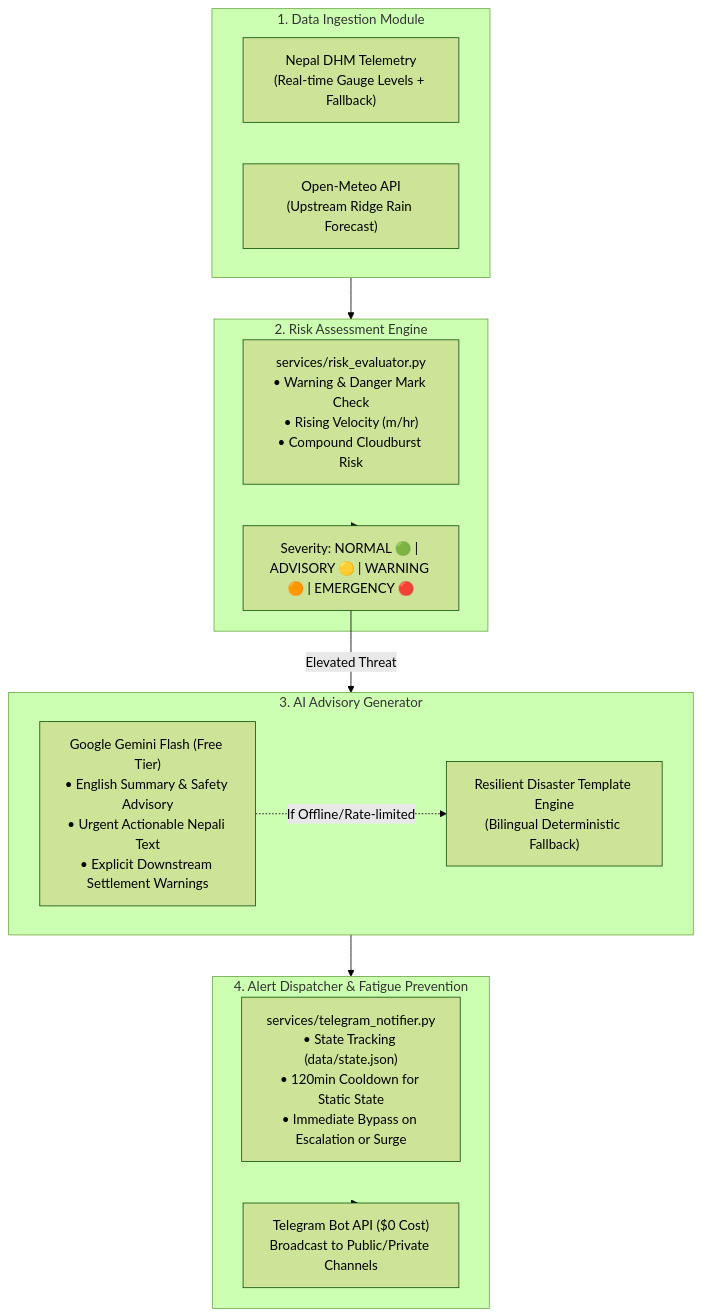
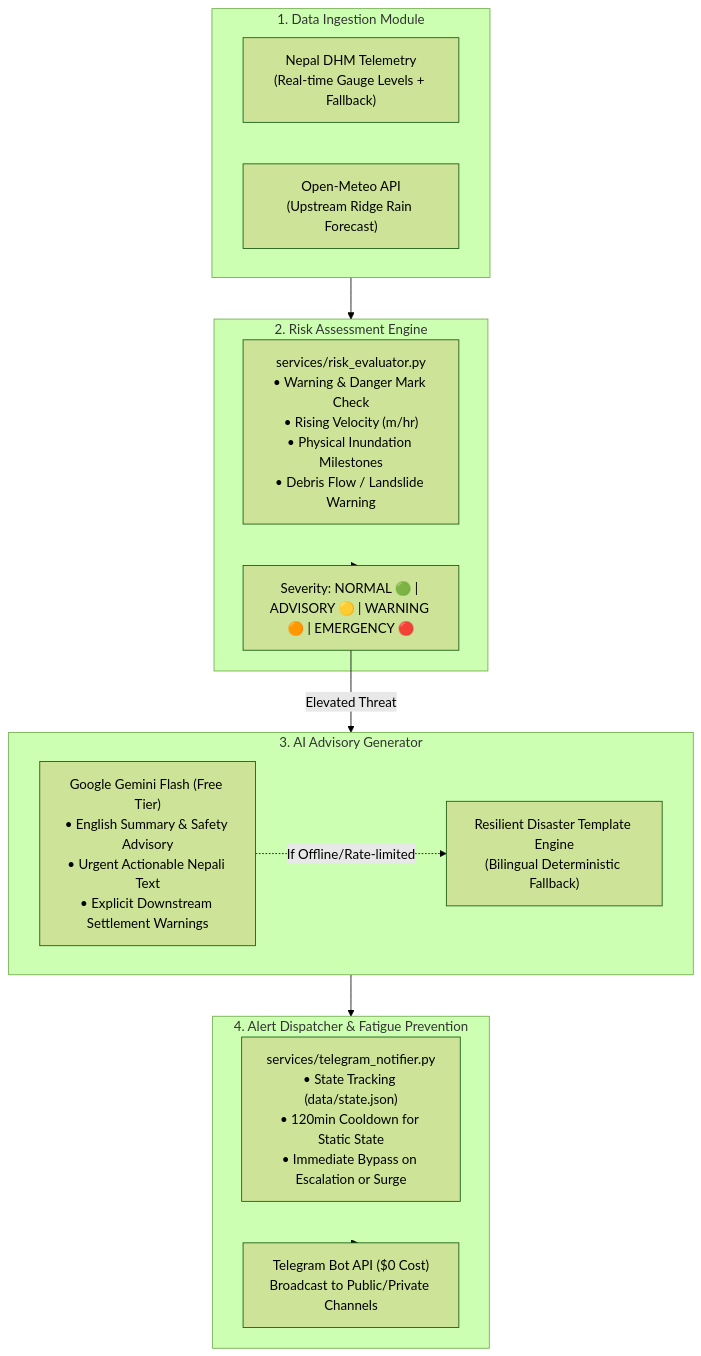
The diagram in README.md (shadowmonarchftw-star/NpFloodBot), drawn with Mermaid (forest theme) before and after one commit. The commit also changed other lines of this file and 30 other files, not shown here.

Commit message:
feat: complete Option C with 21 stations, urban tributaries, physical inundation milestones, and debris flow alerts

````diff
--- a/README.md
+++ b/README.md
@@ -32,29 +32,29 @@
 ```mermaid
 flowchart TD
     subgraph Ingestion ["1. Data Ingestion Module"]
         DHM["Nepal DHM Telemetry<br/>(Real-time Gauge Levels + Fallback)"]
         OM["Open-Meteo API<br/>(Upstream Ridge Rain Forecast)"]
     end
 
     subgraph Evaluation ["2. Risk Assessment Engine"]
-        RE["services/risk_evaluator.py<br/>• Warning & Danger Mark Check<br/>• Rising Velocity (m/hr)<br/>• Compound Cloudburst Risk"]
+        RE["services/risk_evaluator.py<br/>• Warning & Danger Mark Check<br/>• Rising Velocity (m/hr)<br/>• Physical Inundation Milestones<br/>• Debris Flow / Landslide Warning"]
         SEV["Severity: NORMAL 🟢 | ADVISORY 🟡 | WARNING 🟠 | EMERGENCY 🔴"]
     end
 
     subgraph AI ["3. AI Advisory Generator"]
         GEMINI["Google Gemini Flash (Free Tier)<br/>• English Summary & Safety Advisory<br/>• Urgent Actionable Nepali Text<br/>• Explicit Downstream Settlement Warnings"]
         FALLBACK["Resilient Disaster Template Engine<br/>(Bilingual Deterministic Fallback)"]
     end
 
     subgraph Dispatcher ["4. Alert Dispatcher & Fatigue Prevention"]
         COOLDOWN["services/telegram_notifier.py<br/>• State Tracking (data/state.json)<br/>• 120min Cooldown for Static State<br/>• Immediate Bypass on Escalation or Surge"]
         TG["Telegram Bot API ($0 Cost)<br/>Broadcast to Public/Private Channels"]
     end
 
     Ingestion --> Evaluation
     Evaluation --> SEV
     SEV -->|Elevated Threat| AI
     GEMINI -.->|If Offline/Rate-limited| FALLBACK
     AI --> Dispatcher
     Dispatcher --> TG
 ```
````
